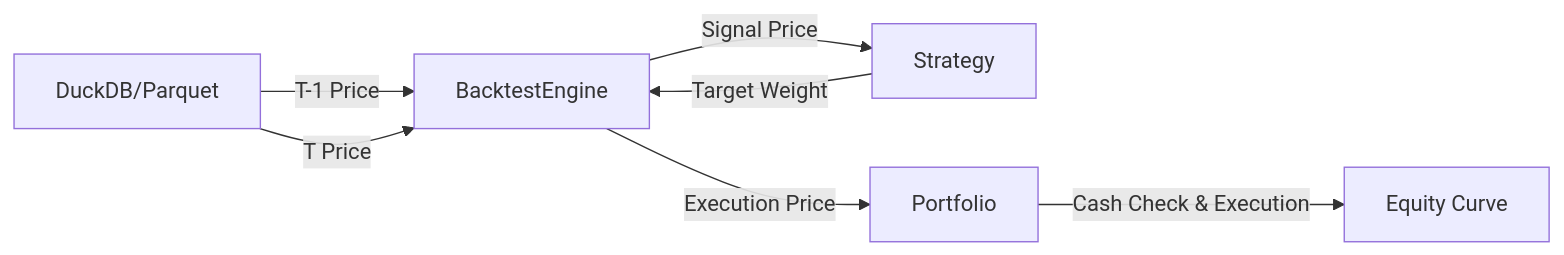
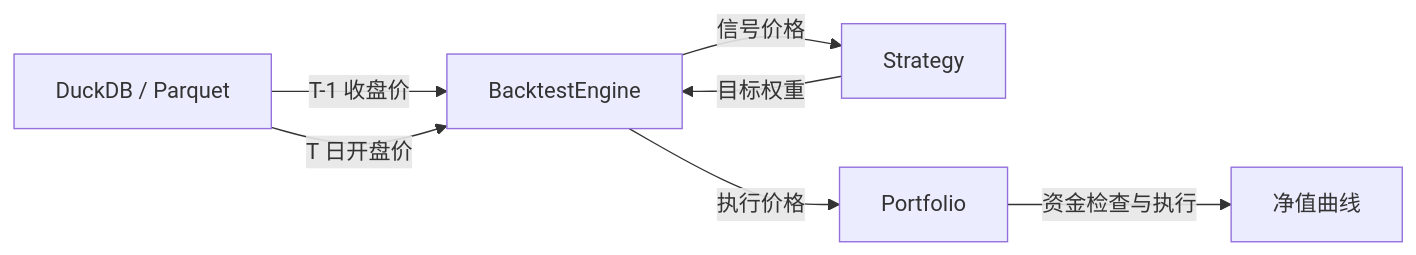
The third of 4 diagrams in README.md (ericwang0321/Multi-Factor-Backtester), drawn with Mermaid before and after one commit. The commit also changed other lines of this file and 1 other file, not shown here.

````diff
--- a/README.md
+++ b/README.md
@@ -274,10 +424,9 @@
 ```mermaid
 graph LR
-    Data[DuckDB/Parquet] -->|T-1 Price| Engine[BacktestEngine]
-    Data -->|T Price| Engine
-    Engine -->|Signal Price| Strat[Strategy]
-    Strat -->|Target Weight| Engine
-    Engine -->|Execution Price| Port[Portfolio]
-    Port -->|Cash Check & Execution| Result[Equity Curve]
-
+    Data[DuckDB / Parquet] -->|T-1 收盘价| Engine[BacktestEngine]
+    Data -->|T 日开盘价| Engine
+    Engine -->|信号价格| Strategy
+    Strategy -->|目标权重| Engine
+    Engine -->|执行价格| Portfolio
+    Portfolio -->|资金检查与执行| Equity[净值曲线]
 ```
````
